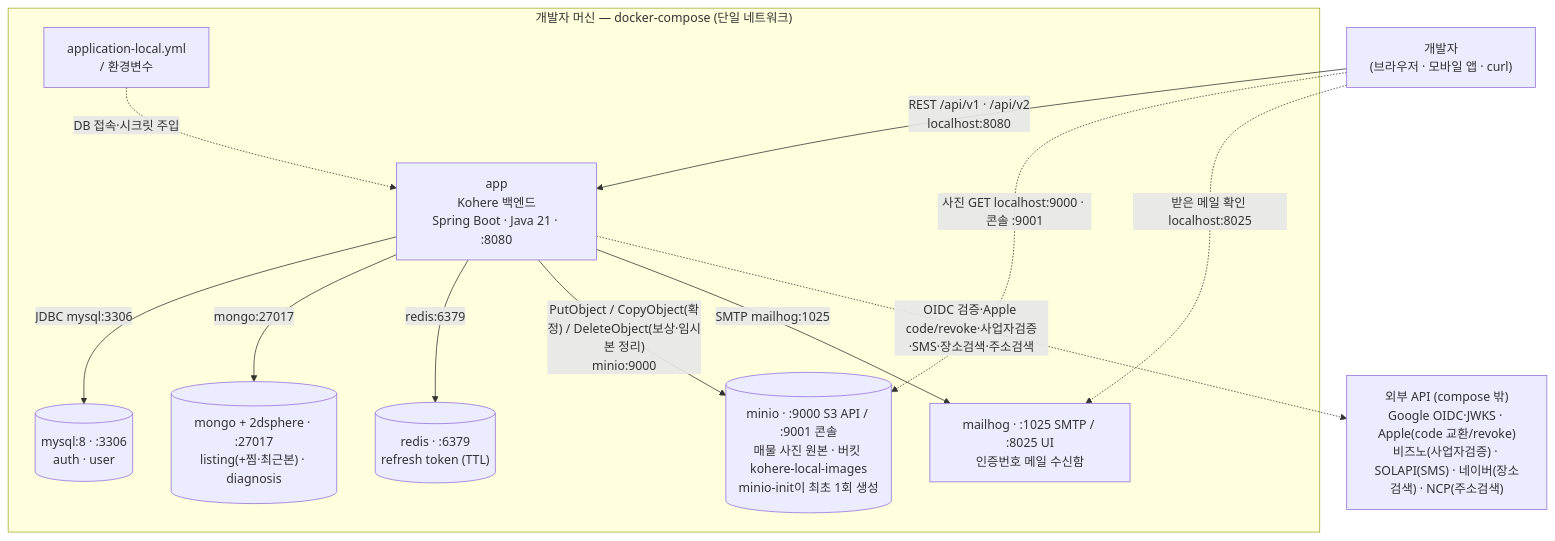
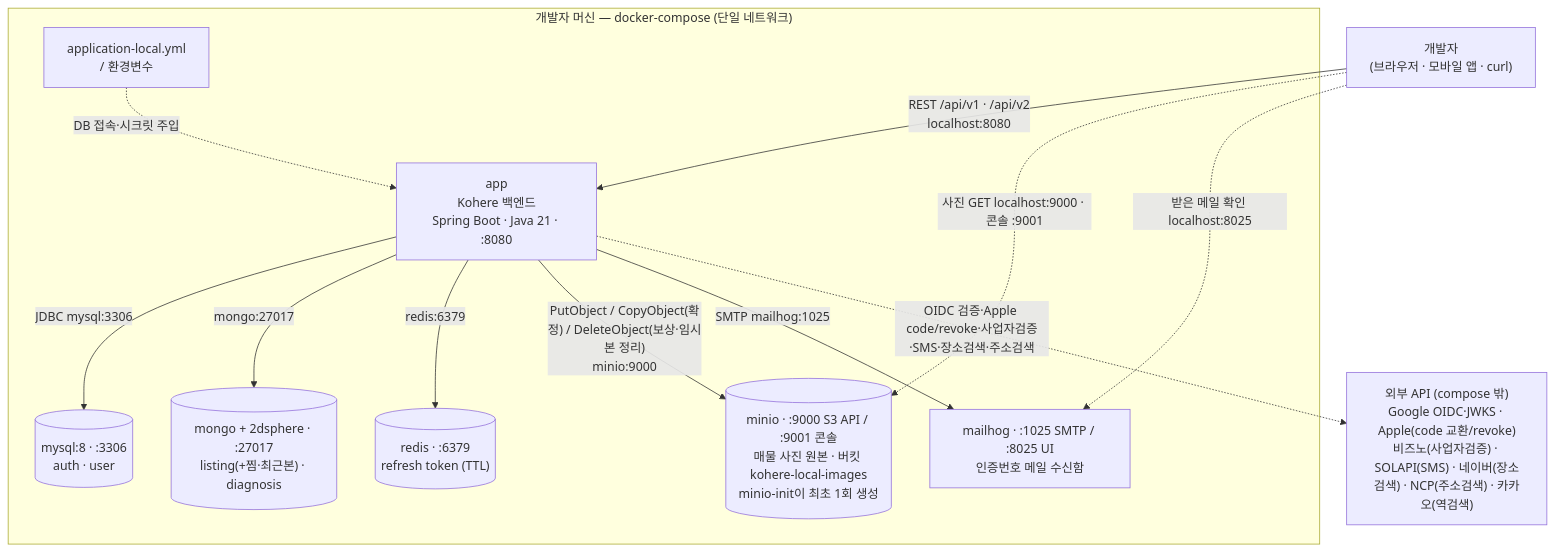
The third of 5 diagrams in docs/architecture/system-overview.md (jameskim9509/Kohere-backend), drawn with Mermaid before and after one commit. The commit also changed other lines of this file and 79 other files, not shown here.

````diff
--- a/docs/architecture/system-overview.md
+++ b/docs/architecture/system-overview.md
@@ -155,27 +157,27 @@
 ```mermaid
 flowchart TB
     DEV["개발자<br/>(브라우저 · 모바일 앱 · curl)"]
 
     subgraph Host["개발자 머신 — docker-compose (단일 네트워크)"]
       APP["app<br/>Kohere 백엔드<br/>Spring Boot · Java 21 · :8080"]
       CFG["application-local.yml<br/>/ 환경변수"]
       MYSQL[("mysql:8 · :3306<br/>auth · user")]
       MONGO[("mongo + 2dsphere · :27017<br/>listing(+찜·최근본) · diagnosis")]
       REDIS[("redis · :6379<br/>refresh token (TTL)")]
       MINIO[("minio · :9000 S3 API / :9001 콘솔<br/>매물 사진 원본 · 버킷 kohere-local-images<br/>minio-init이 최초 1회 생성")]
       MAILHOG["mailhog · :1025 SMTP / :8025 UI<br/>인증번호 메일 수신함"]
     end
 
-    EXT["외부 API (compose 밖)<br/>Google OIDC·JWKS · Apple(code 교환/revoke)<br/>비즈노(사업자검증) · SOLAPI(SMS) · 네이버(장소검색) · NCP(주소검색)"]
+    EXT["외부 API (compose 밖)<br/>Google OIDC·JWKS · Apple(code 교환/revoke)<br/>비즈노(사업자검증) · SOLAPI(SMS) · 네이버(장소검색) · NCP(주소검색) · 카카오(역검색)"]
 
     DEV -- "REST /api/v1 · /api/v2<br/>localhost:8080" --> APP
     CFG -. "DB 접속·시크릿 주입" .-> APP
     APP -- "JDBC  mysql:3306" --> MYSQL
     APP -- "mongo:27017" --> MONGO
     APP -- "redis:6379" --> REDIS
     APP -- "PutObject / CopyObject(확정) / DeleteObject(보상·임시본 정리)<br/>minio:9000" --> MINIO
     APP -- "SMTP  mailhog:1025" --> MAILHOG
     DEV -. "사진 GET localhost:9000 · 콘솔 :9001" .-> MINIO
     DEV -. "받은 메일 확인 localhost:8025" .-> MAILHOG
     APP -. "OIDC 검증·Apple code/revoke·사업자검증·SMS·장소검색·주소검색" .-> EXT
 ```
````
